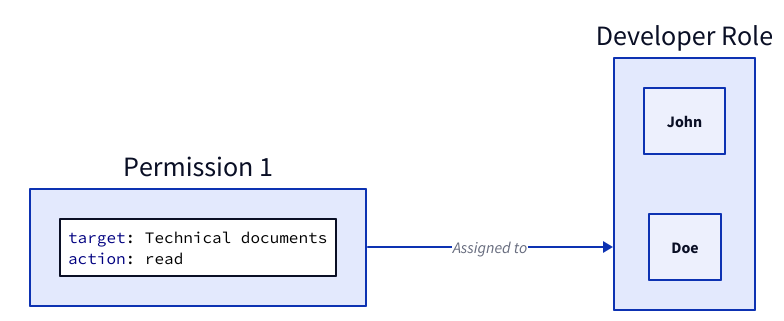
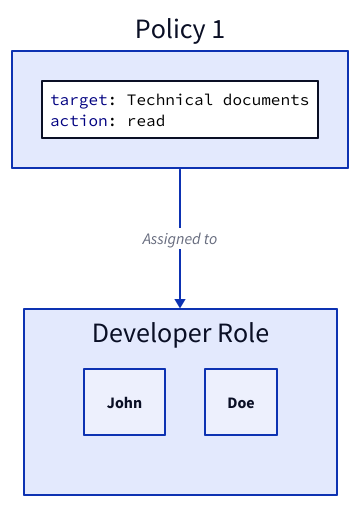
Diagram 14 of 26 in content/system-administration/system-protection/iam.md (link1905/system-design-101), drawn with D2 before and after one commit. The commit also changed other lines of this file and 42 other files, not shown here.

````diff
--- a/content/system-administration/system-protection/iam.md
+++ b/content/system-administration/system-protection/iam.md
@@ -547,18 +548,18 @@
 ```d2
-direction: right
 r: "Developer Role" {
+  grid-rows: 1
   u1: "John" {
     class: client
   }
   u2: "Doe" {
     class: client
   }
 }
-p1: "Permission 1" {
+p1: "Policy 1" {
   c: |||yaml
   target: Technical documents
   action: read
   |||
 }
 p1 -> r: "Assigned to"
 ```
````
